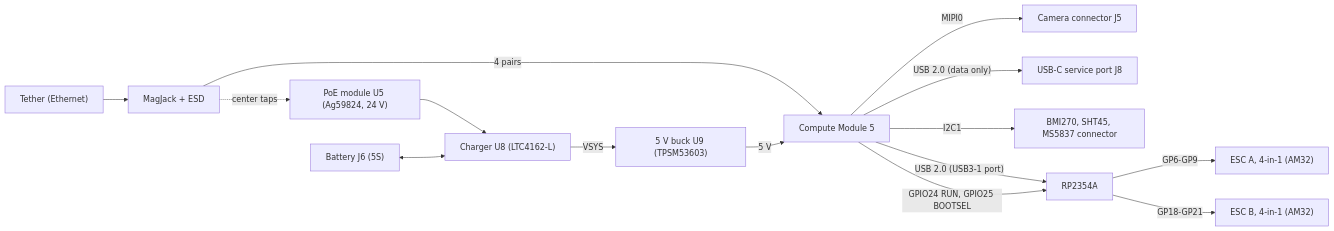
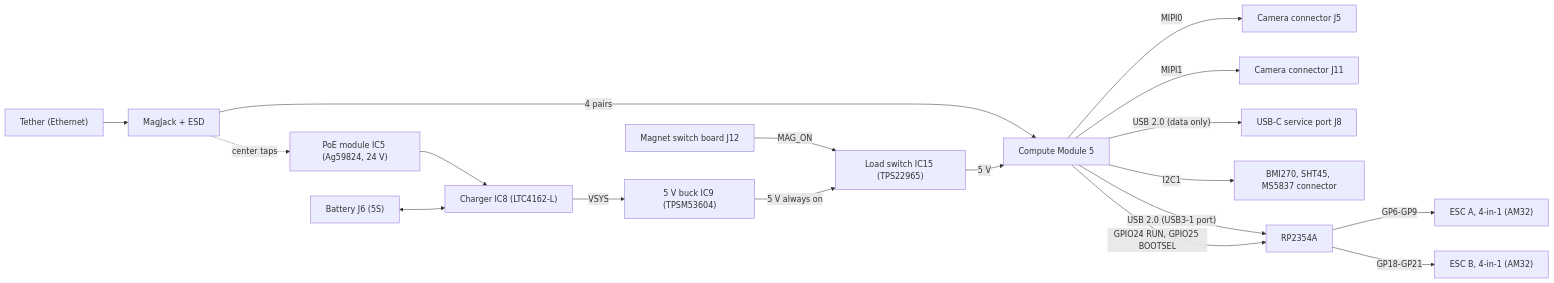
One commit to Tropaion/Manafish_Mainboard changed the diagram in README.md. Above: the diagram before and after it, drawn with Mermaid. The commit also changed other lines of this file and 12 other files, not shown here.

First line of the commit message:
Add second camera, magnet load switch and schematic fixes

````diff
--- a/README.md
+++ b/README.md
@@ -21,17 +21,20 @@
 ```mermaid
 flowchart LR
   tether["Tether (Ethernet)"] --> magjack["MagJack + ESD"]
   magjack -->|4 pairs| cm5["Compute Module 5"]
-  magjack -.->|center taps| poe["PoE module U5 (Ag59824, 24 V)"]
+  magjack -.->|center taps| poe["PoE module IC5 (Ag59824, 24 V)"]
   cm5 -->|MIPI0| cam["Camera connector J5"]
+  cm5 -->|MIPI1| cam2["Camera connector J11"]
   cm5 -->|"USB 2.0 (data only)"| service["USB-C service port J8"]
   cm5 -->|I2C1| sensors["BMI270, SHT45, MS5837 connector"]
   cm5 -->|"USB 2.0 (USB3-1 port)"| mcu["RP2354A"]
   cm5 -->|"GPIO24 RUN, GPIO25 BOOTSEL"| mcu
   mcu -->|GP6-GP9| escA["ESC A, 4-in-1 (AM32)"]
   mcu -->|GP18-GP21| escB["ESC B, 4-in-1 (AM32)"]
-  poe --> chg["Charger U8 (LTC4162-L)"]
+  poe --> chg["Charger IC8 (LTC4162-L)"]
   bat["Battery J6 (5S)"] <--> chg
-  chg -->|VSYS| buck["5 V buck U9 (TPSM53603)"]
-  buck -->|5 V| cm5
+  chg -->|VSYS| buck["5 V buck IC9 (TPSM53604)"]
+  mag["Magnet switch board J12"] -->|MAG_ON| lsw
+  buck -->|5 V always on| lsw["Load switch IC15 (TPS22965)"]
+  lsw -->|5 V| cm5
 ```
````
